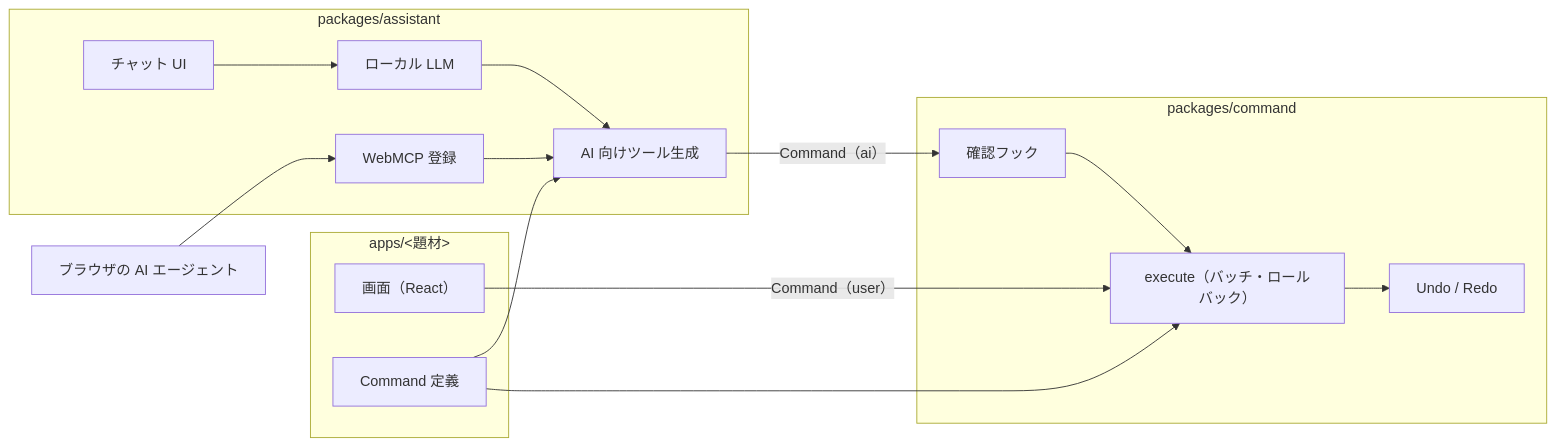
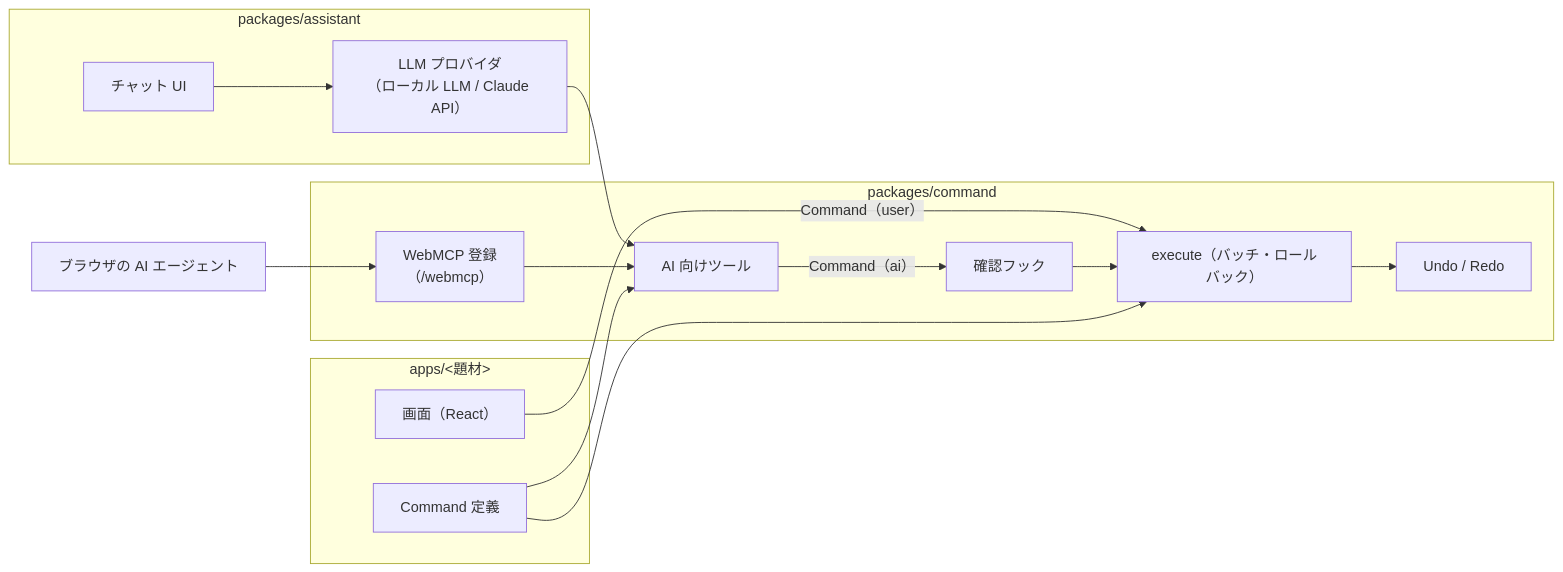
One commit to fujibayashi-ast/ai-friendly changed the diagram in docs/architecture.md. Above: the diagram before and after it, drawn with Mermaid. The commit also changed other lines of this file and 14 other files, not shown here.

First line of the commit message:
feat: AI 向けツールを作り WebMCP に登録できるようにする (#12)

````diff
--- a/docs/architecture.md
+++ b/docs/architecture.md
@@ -5,27 +5,27 @@
 ```mermaid
 flowchart LR
   subgraph app["apps/&lt;題材&gt;"]
     UI["画面（React）"]
     Defs["Command 定義"]
   end
   subgraph assistant["packages/assistant"]
     Chat["チャット UI"]
-    LLM["ローカル LLM"]
-    Tools["AI 向けツール生成"]
-    WebMCP["WebMCP 登録"]
+    LLM["LLM プロバイダ<br>（ローカル LLM / Claude API）"]
   end
   subgraph command["packages/command"]
+    Tools["AI 向けツール"]
+    WebMCP["WebMCP 登録<br>（/webmcp）"]
     Exec["execute（バッチ・ロールバック）"]
     History["Undo / Redo"]
     Confirm["確認フック"]
   end
   Agent["ブラウザの AI エージェント"]
 
   UI -- "Command（user）" --> Exec
   Chat --> LLM --> Tools
   Agent --> WebMCP --> Tools
   Tools -- "Command（ai）" --> Confirm --> Exec
   Defs --> Tools
   Defs --> Exec
   Exec --> History
 ```
````
